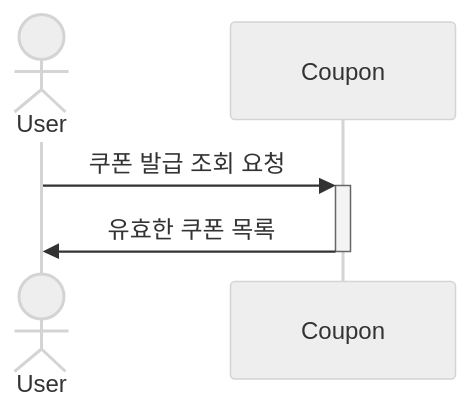
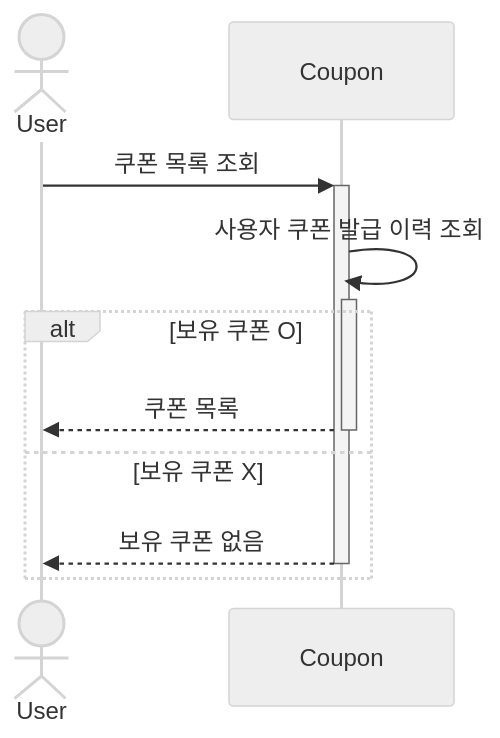
The eighth of 9 diagrams in docs/SequenceDiagram.md (Ssoyoung-J/e-commerce-service), drawn with Mermaid (neutral theme) before and after one commit. The commit also changed other lines of this file, not shown here.

Commit message:
docs: SequenceDiagram 2.0

````diff
--- a/docs/SequenceDiagram.md
+++ b/docs/SequenceDiagram.md
@@ -107,9 +133,13 @@
 ```mermaid
 sequenceDiagram
-%%     라이프스팬 막대
     actor User
     participant Coupon
 
-    User ->>+ Coupon: 쿠폰 발급 조회 요청
-    Coupon ->>- User : 유효한 쿠폰 목록
+    User ->>+ Coupon: 쿠폰 목록 조회
+    Coupon ->>+ Coupon : 사용자 쿠폰 발급 이력 조회
+    alt 보유 쿠폰 O
+        Coupon -->>- User : 쿠폰 목록
+    else 보유 쿠폰 X
+        Coupon -->>- User : 보유 쿠폰 없음
+    end
 ```
````
